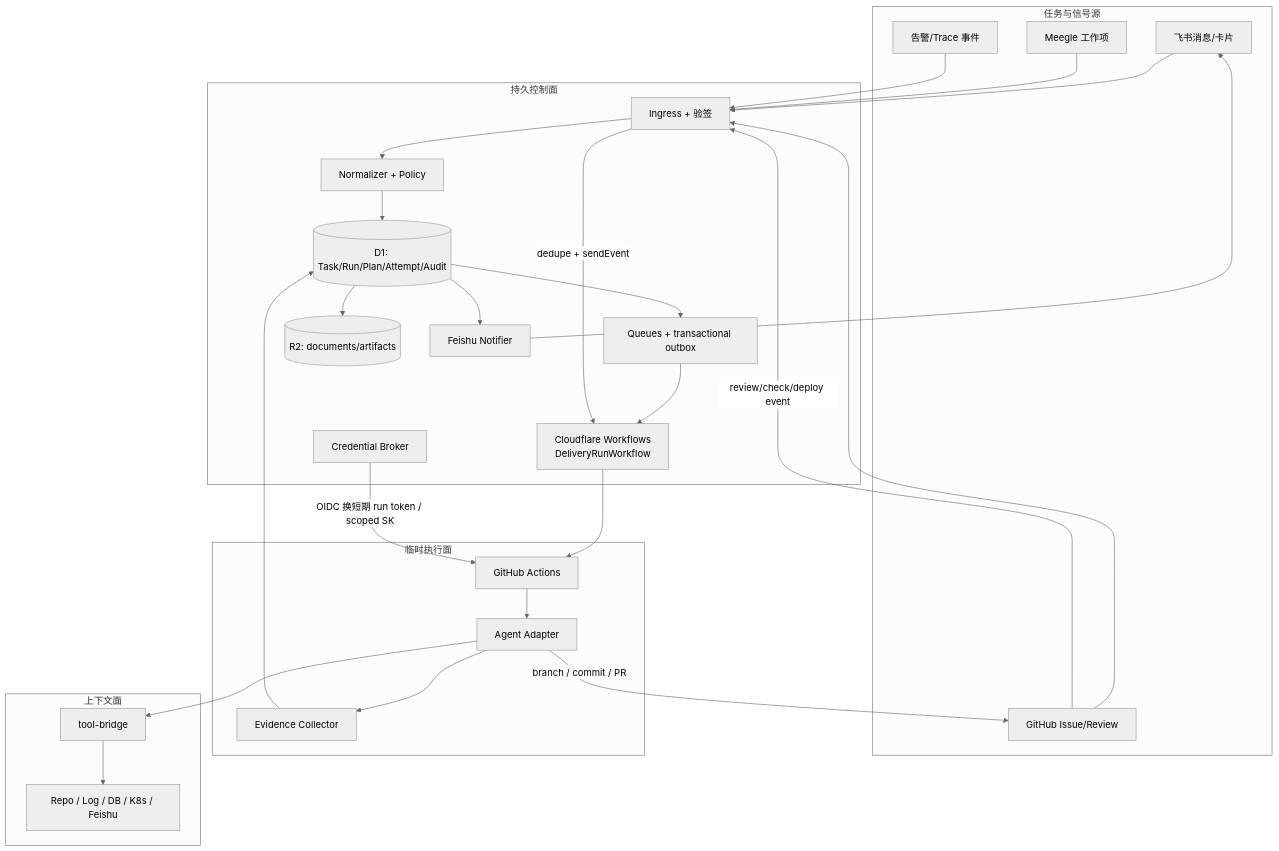
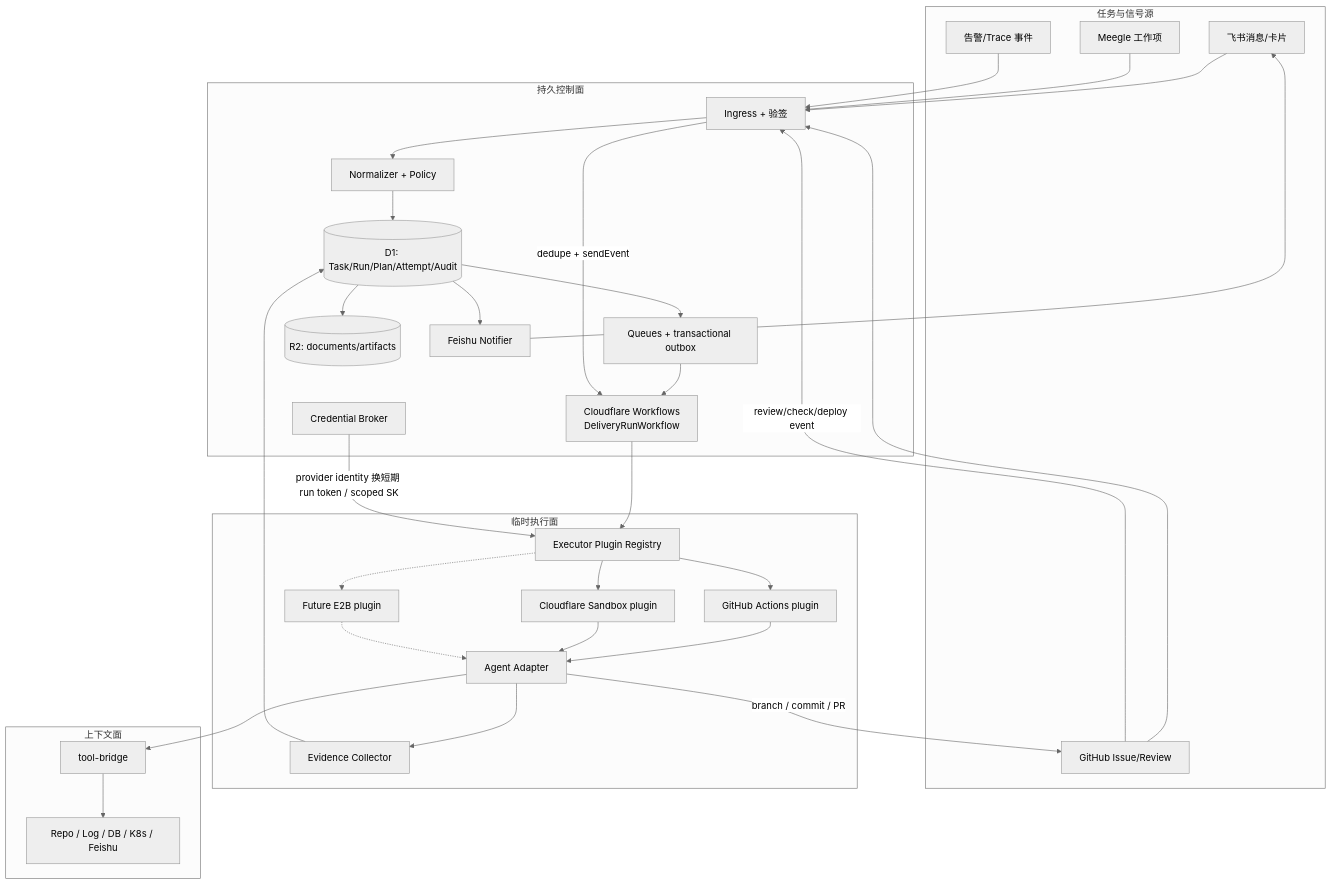
The first of 2 diagrams in docs/Architecture.md (evilstar9527/delivery-loop), drawn with Mermaid (neutral theme) before and after one commit. The commit also changed other lines of this file and 100 other files, not shown here.

Commit message:
feat: add provider-neutral sandbox executor runtime

````diff
--- a/docs/Architecture.md
+++ b/docs/Architecture.md
@@ -17,46 +17,55 @@
 ```mermaid
 flowchart TB
   subgraph Sources["任务与信号源"]
     L["飞书消息/卡片"]
     M["Meegle 工作项"]
     G["GitHub Issue/Review"]
     O["告警/Trace 事件"]
   end
 
   subgraph Control["持久控制面"]
     I["Ingress + 验签"]
     N["Normalizer + Policy"]
     WF["Cloudflare Workflows<br/>DeliveryRunWorkflow"]
     S[("D1: Task/Run/Plan/Attempt/Audit")]
     Q["Queues + transactional outbox"]
     AR[("R2: documents/artifacts")]
     B["Credential Broker"]
     W["Feishu Notifier"]
   end
 
   subgraph Execute["临时执行面"]
-    A["GitHub Actions"]
+    X["Executor Plugin Registry"]
+    A["GitHub Actions plugin"]
+    CF["Cloudflare Sandbox plugin"]
+    P["Future E2B plugin"]
     R["Agent Adapter"]
     E["Evidence Collector"]
   end
 
   subgraph Context["上下文面"]
     T["tool-bridge"]
     C["Repo / Log / DB / K8s / Feishu"]
   end
 
   L --> I
   M --> I
   G --> I
   O --> I
   I --> N --> S
   S --> Q --> WF
-  WF --> A
+  WF --> X
+  X --> A
+  X --> CF
+  X -.-> P
   S --> AR
-  A --> R --> T --> C
+  A --> R
+  CF --> R
+  P -.-> R
+  R --> T --> C
   R --> E --> S
-  B -->|"OIDC 换短期 run token / scoped SK"| A
+  B -->|"provider identity 换短期 run token / scoped SK"| X
   S --> W --> L
   R -->|"branch / commit / PR"| G
   G -->|"review/check/deploy event"| I -->|"dedupe + sendEvent"| WF
 ```
````
